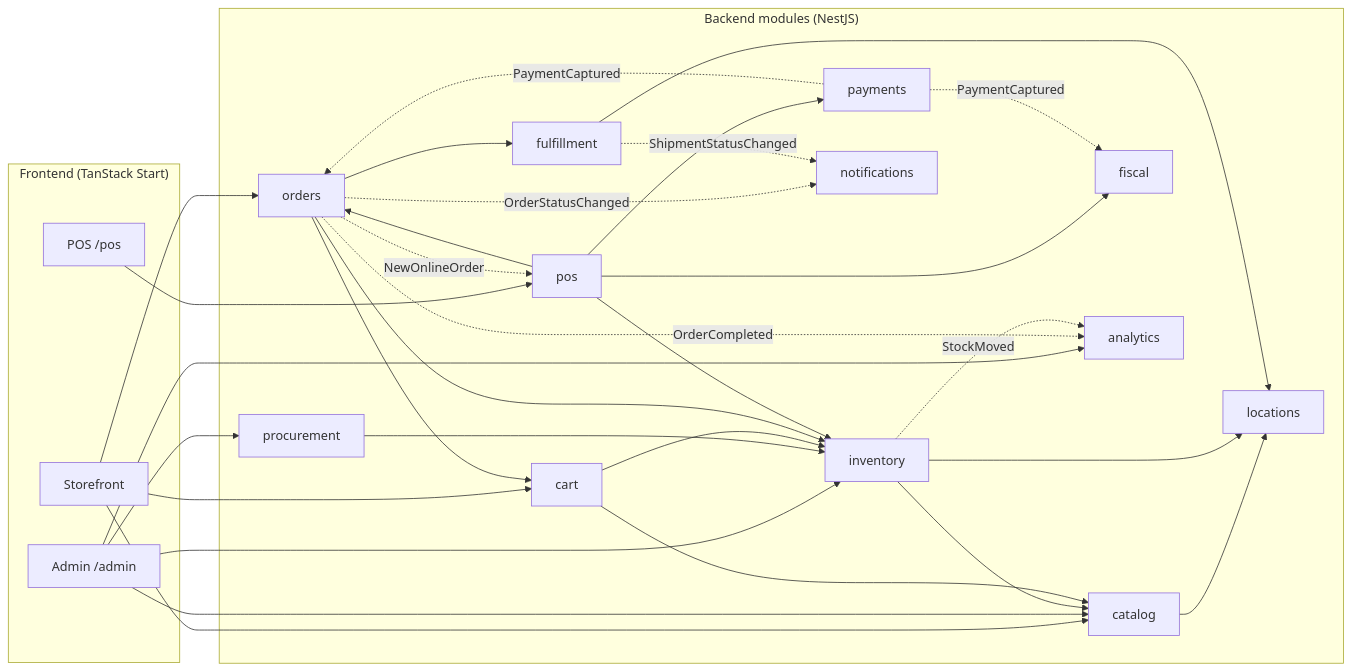
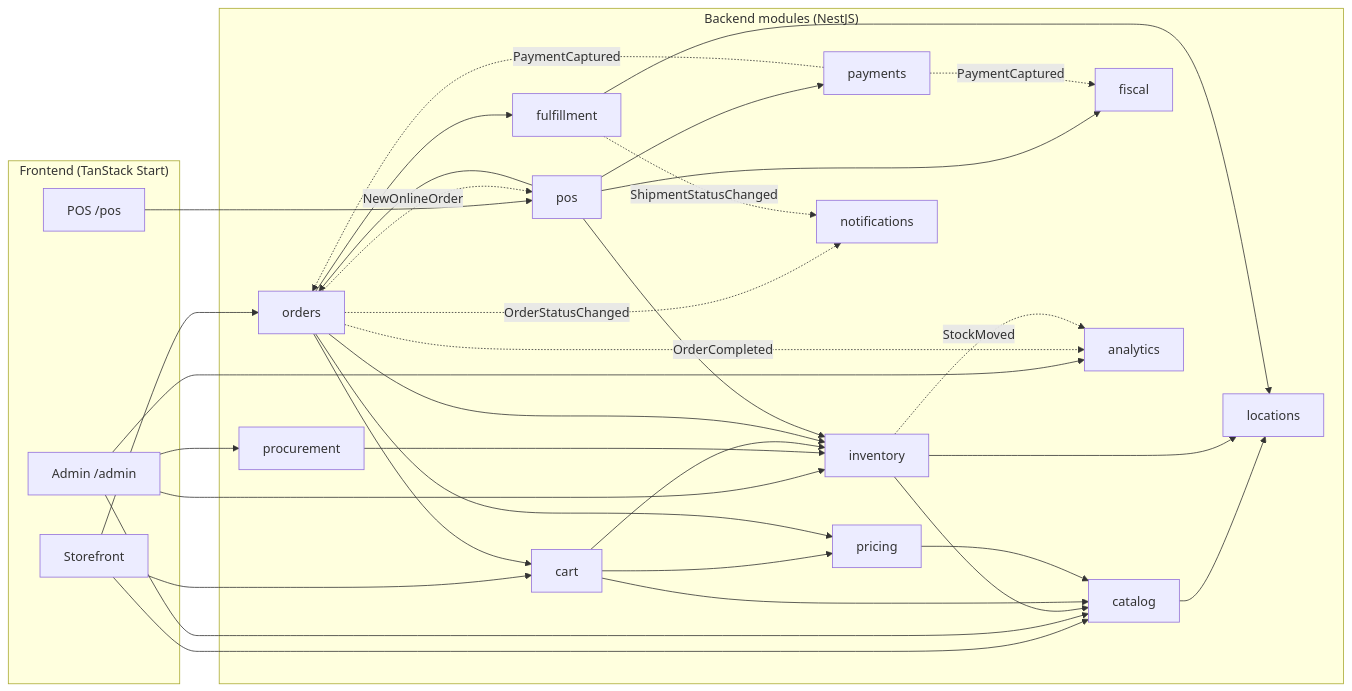
One commit to DevAgassi/flower-network changed the first of 2 diagrams in ROADMAP.md. Above: the diagram before and after it, drawn with Mermaid. The commit also changed other lines of this file and 2 other files, not shown here.

Commit message:
Adopt Spree schema patterns, decide cart storage (ADR-9), add pricing module

````diff
--- a/ROADMAP.md
+++ b/ROADMAP.md
@@ -27,43 +27,45 @@
 ```mermaid
 flowchart LR
   subgraph UI["Frontend (TanStack Start)"]
     STF[Storefront]
     ADM[Admin /admin]
     POSUI[POS /pos]
   end
 
   subgraph Core["Backend modules (NestJS)"]
     LOC[locations]
     CAT[catalog]
     PRC[procurement]
     INV[inventory]
     CRT[cart]
+    PRI[pricing]
     ORD[orders]
     PAY[payments]
     FUL[fulfillment]
     POS[pos]
     FSC[fiscal]
     NTF[notifications]
     ANL[analytics]
   end
 
   STF --> CAT & CRT & ORD
   ADM --> CAT & INV & PRC & ANL
   POSUI --> POS
 
   CAT --> LOC
   INV --> CAT & LOC
   PRC --> INV
-  CRT --> CAT & INV
-  ORD --> CRT & INV & FUL
+  CRT --> CAT & INV & PRI
+  PRI --> CAT
+  ORD --> CRT & INV & FUL & PRI
   FUL --> LOC
   POS --> ORD & INV & PAY & FSC
 
   PAY -. PaymentCaptured .-> ORD
   PAY -. PaymentCaptured .-> FSC
   ORD -. OrderStatusChanged .-> NTF
   ORD -. OrderCompleted .-> ANL
   INV -. StockMoved .-> ANL
   FUL -. ShipmentStatusChanged .-> NTF
   ORD -. NewOnlineOrder .-> POS
 ```
````
